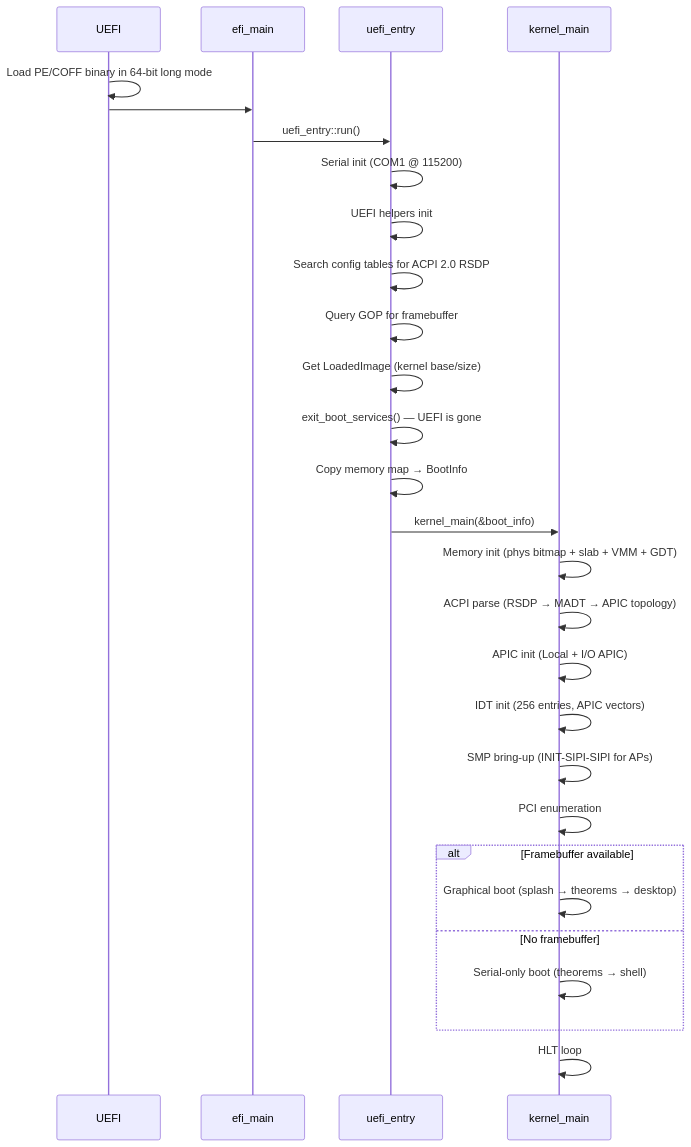
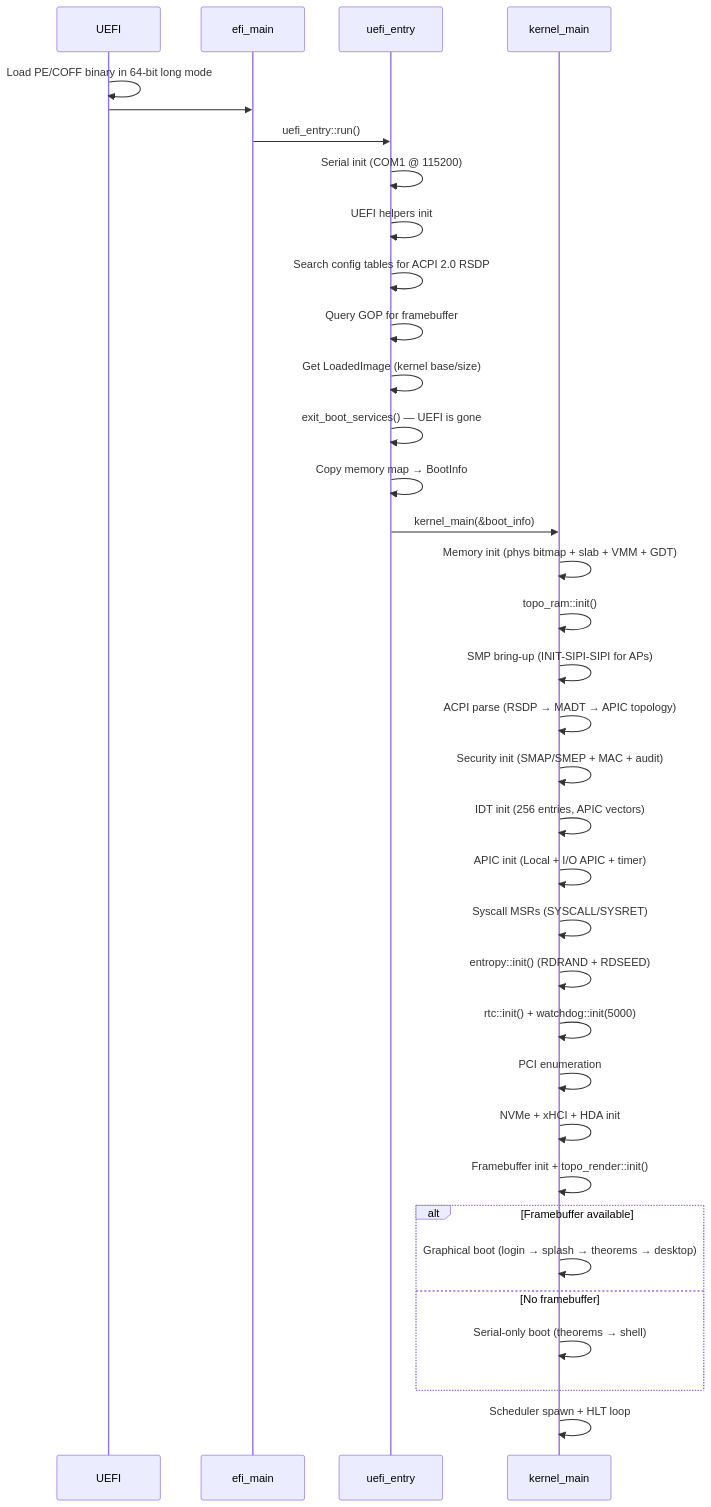
One commit to teerthsharma/Epsilon-Hollow changed the second of 18 diagrams in README.md. Above: the diagram before and after it, drawn with Mermaid. The commit also changed other lines of this file and 101 other files, not shown here.

````diff
--- a/README.md
+++ b/README.md
@@ -235,33 +399,40 @@
 ```mermaid
 sequenceDiagram
     participant UEFI
     participant efi_main
     participant uefi_entry
     participant kernel_main
 
     UEFI->>UEFI: Load PE/COFF binary in 64-bit long mode
     UEFI->>efi_main: #[entry] fn efi_main() → Status
     efi_main->>uefi_entry: uefi_entry::run()
 
     uefi_entry->>uefi_entry: Serial init (COM1 @ 115200)
     uefi_entry->>uefi_entry: UEFI helpers init
     uefi_entry->>uefi_entry: Search config tables for ACPI 2.0 RSDP
     uefi_entry->>uefi_entry: Query GOP for framebuffer
     uefi_entry->>uefi_entry: Get LoadedImage (kernel base/size)
     uefi_entry->>uefi_entry: exit_boot_services() — UEFI is gone
     uefi_entry->>uefi_entry: Copy memory map → BootInfo
 
     uefi_entry->>kernel_main: kernel_main(&boot_info)
     kernel_main->>kernel_main: Memory init (phys bitmap + slab + VMM + GDT)
+    kernel_main->>kernel_main: topo_ram::init()
+    kernel_main->>kernel_main: SMP bring-up (INIT-SIPI-SIPI for APs)
     kernel_main->>kernel_main: ACPI parse (RSDP → MADT → APIC topology)
-    kernel_main->>kernel_main: APIC init (Local + I/O APIC)
+    kernel_main->>kernel_main: Security init (SMAP/SMEP + MAC + audit)
     kernel_main->>kernel_main: IDT init (256 entries, APIC vectors)
-    kernel_main->>kernel_main: SMP bring-up (INIT-SIPI-SIPI for APs)
+    kernel_main->>kernel_main: APIC init (Local + I/O APIC + timer)
+    kernel_main->>kernel_main: Syscall MSRs (SYSCALL/SYSRET)
+    kernel_main->>kernel_main: entropy::init() (RDRAND + RDSEED)
+    kernel_main->>kernel_main: rtc::init() + watchdog::init(5000)
     kernel_main->>kernel_main: PCI enumeration
+    kernel_main->>kernel_main: NVMe + xHCI + HDA init
+    kernel_main->>kernel_main: Framebuffer init + topo_render::init()
     alt Framebuffer available
-        kernel_main->>kernel_main: Graphical boot (splash → theorems → desktop)
+        kernel_main->>kernel_main: Graphical boot (login → splash → theorems → desktop)
     else No framebuffer
         kernel_main->>kernel_main: Serial-only boot (theorems → shell)
     end
-    kernel_main->>kernel_main: HLT loop
+    kernel_main->>kernel_main: Scheduler spawn + HLT loop
 ```
````
